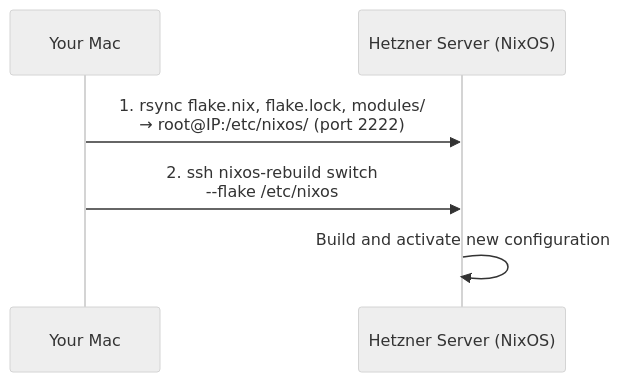
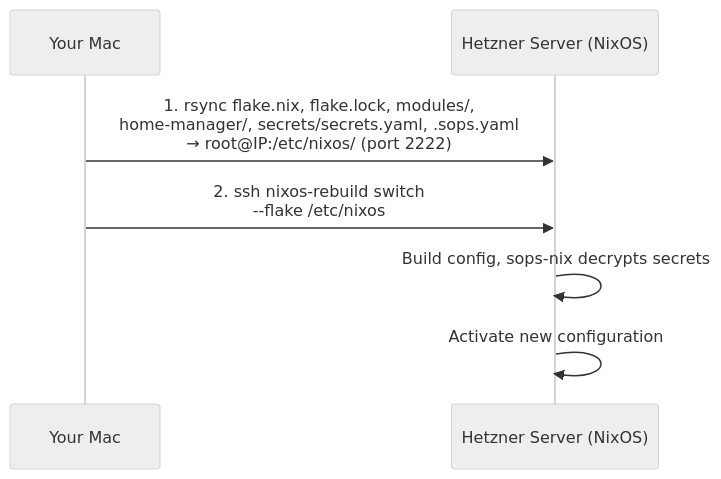
Before and after one commit to dagadbm/vps: the fourth of 4 diagrams in specs/architecture.md, drawn with Mermaid (neutral theme). The commit also changed other lines of this file and 11 other files, not shown here.

First line of the commit message:
implement sops-nix for encrypted secret management

````diff
--- a/specs/architecture.md
+++ b/specs/architecture.md
@@ -182,9 +212,10 @@
 ```mermaid
 sequenceDiagram
     participant Mac as Your Mac
     participant Server as Hetzner Server (NixOS)
 
-    Mac->>Server: 1. rsync flake.nix, flake.lock, modules/<br/>→ root@IP:/etc/nixos/ (port 2222)
+    Mac->>Server: 1. rsync flake.nix, flake.lock, modules/,<br/>home-manager/, secrets/secrets.yaml, .sops.yaml<br/>→ root@IP:/etc/nixos/ (port 2222)
     Mac->>Server: 2. ssh nixos-rebuild switch<br/>--flake /etc/nixos#vps-x86 or #vps-arm
-    Server->>Server: Build and activate new configuration
+    Server->>Server: Build config, sops-nix decrypts secrets
+    Server->>Server: Activate new configuration
 ```
````
